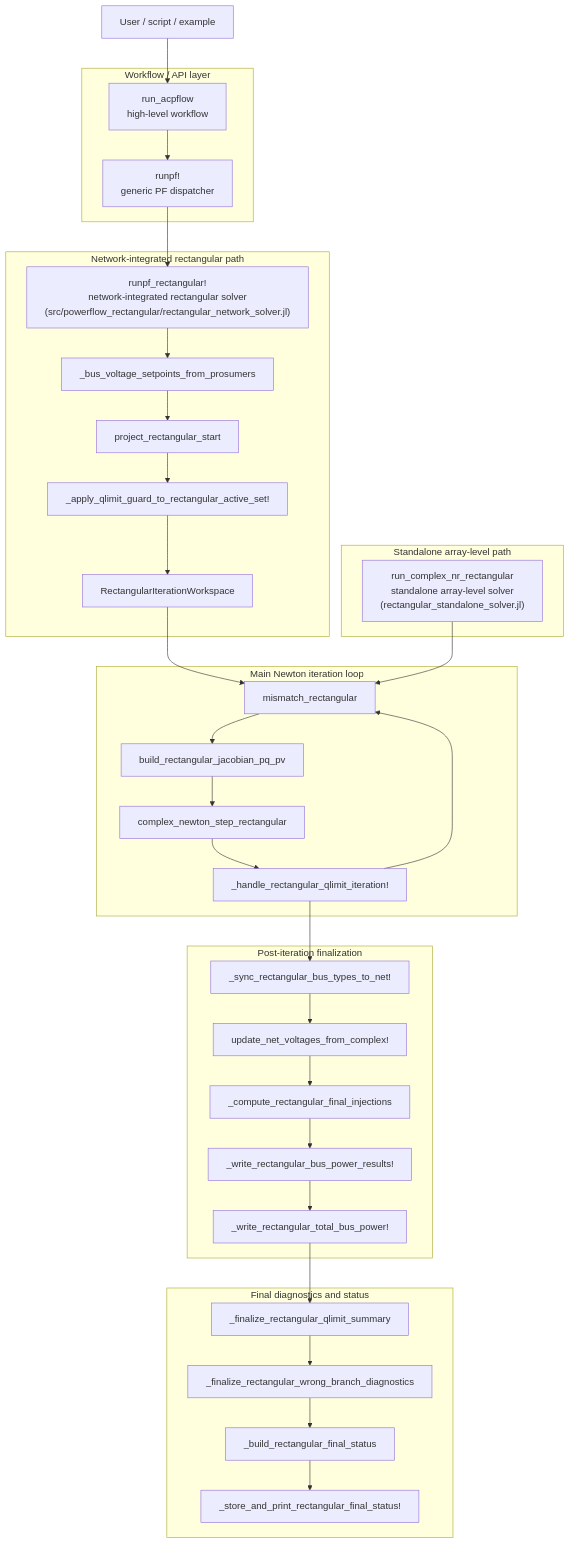
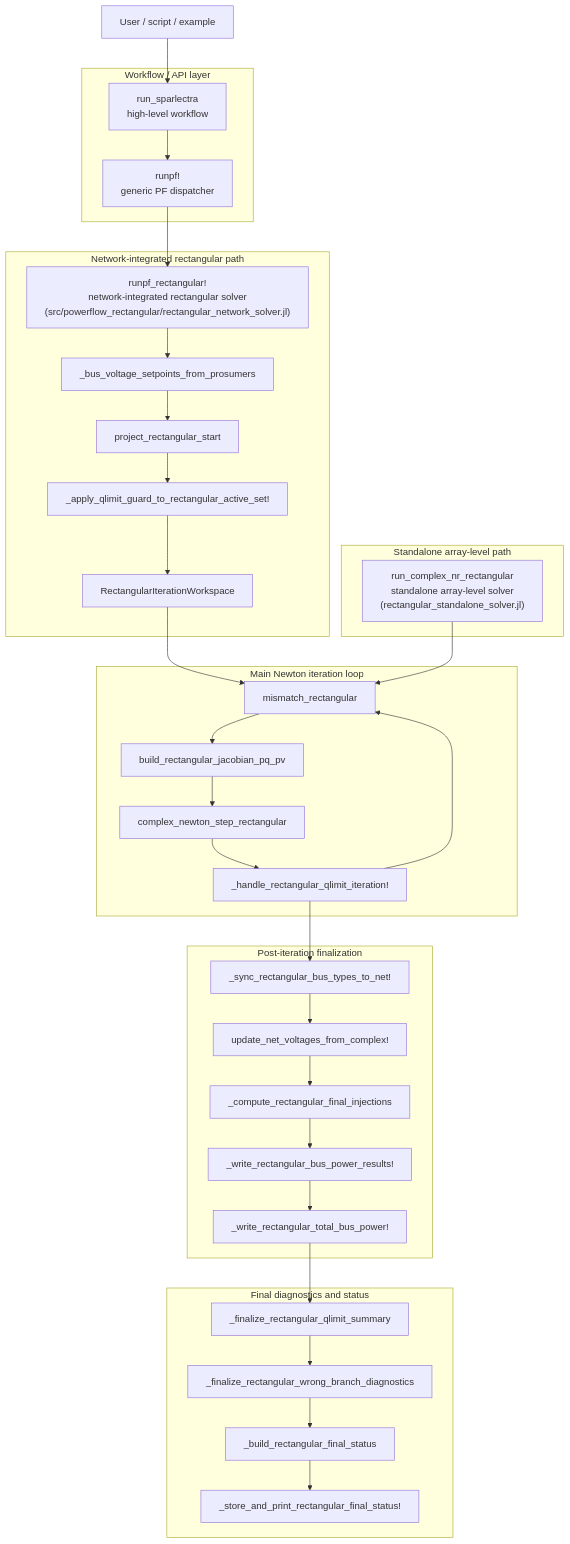
One commit to Welthulk/Sparlectra.jl changed the diagram in src/powerflow_rectangular/README.md. Above: the diagram before and after it, drawn with Mermaid. The commit also changed other lines of this file and 30 other files, not shown here.

Commit message:
run_sparlectra

````diff
--- a/src/powerflow_rectangular/README.md
+++ b/src/powerflow_rectangular/README.md
@@ -89,46 +89,46 @@
 ```mermaid
 flowchart TD
-    A["User / script / example"] --> B["run_acpflow\nhigh-level workflow"]
+    A["User / script / example"] --> B["run_sparlectra\nhigh-level workflow"]
     B --> C["runpf!\ngeneric PF dispatcher"]
     C --> D["runpf_rectangular!\nnetwork-integrated rectangular solver\n(src/powerflow_rectangular/rectangular_network_solver.jl)"]
 
     subgraph Workflow["Workflow / API layer"]
         B
         C
     end
 
     subgraph NetworkSolver["Network-integrated rectangular path"]
         D --> E1["_bus_voltage_setpoints_from_prosumers"]
         E1 --> E2["project_rectangular_start"]
         E2 --> E3["_apply_qlimit_guard_to_rectangular_active_set!"]
         E3 --> E4["RectangularIterationWorkspace"]
     end
 
     subgraph Loop["Main Newton iteration loop"]
         E4 --> F1["mismatch_rectangular"]
         F1 --> F2["build_rectangular_jacobian_pq_pv"]
         F2 --> F3["complex_newton_step_rectangular"]
         F3 --> F4["_handle_rectangular_qlimit_iteration!"]
         F4 --> F1
     end
 
     subgraph Finalization["Post-iteration finalization"]
         F4 --> G1["_sync_rectangular_bus_types_to_net!"]
         G1 --> G2["update_net_voltages_from_complex!"]
         G2 --> G3["_compute_rectangular_final_injections"]
         G3 --> G4["_write_rectangular_bus_power_results!"]
         G4 --> G5["_write_rectangular_total_bus_power!"]
     end
 
     subgraph FinalStatus["Final diagnostics and status"]
         G5 --> H1["_finalize_rectangular_qlimit_summary"]
         H1 --> H2["_finalize_rectangular_wrong_branch_diagnostics"]
         H2 --> H3["_build_rectangular_final_status"]
         H3 --> H4["_store_and_print_rectangular_final_status!"]
     end
 
     subgraph Standalone["Standalone array-level path"]
         S1["run_complex_nr_rectangular\nstandalone array-level solver\n(rectangular_standalone_solver.jl)"]
         S1 --> F1
     end
 ```
````
